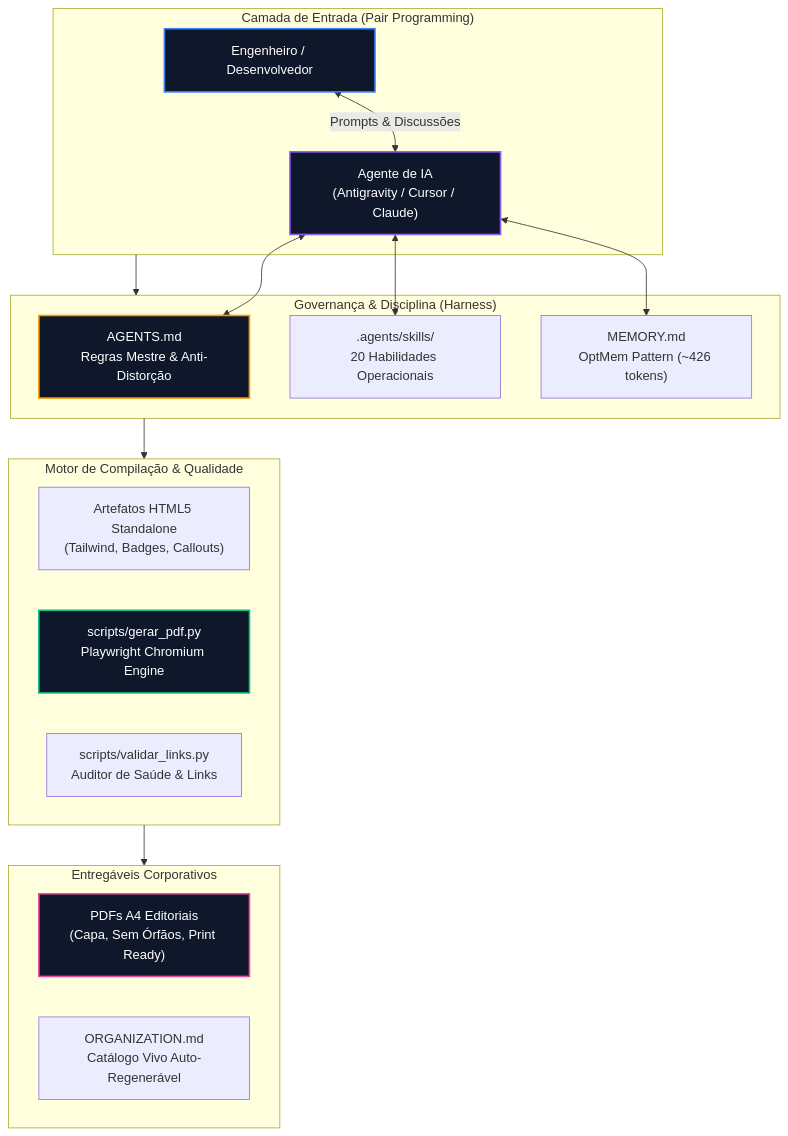
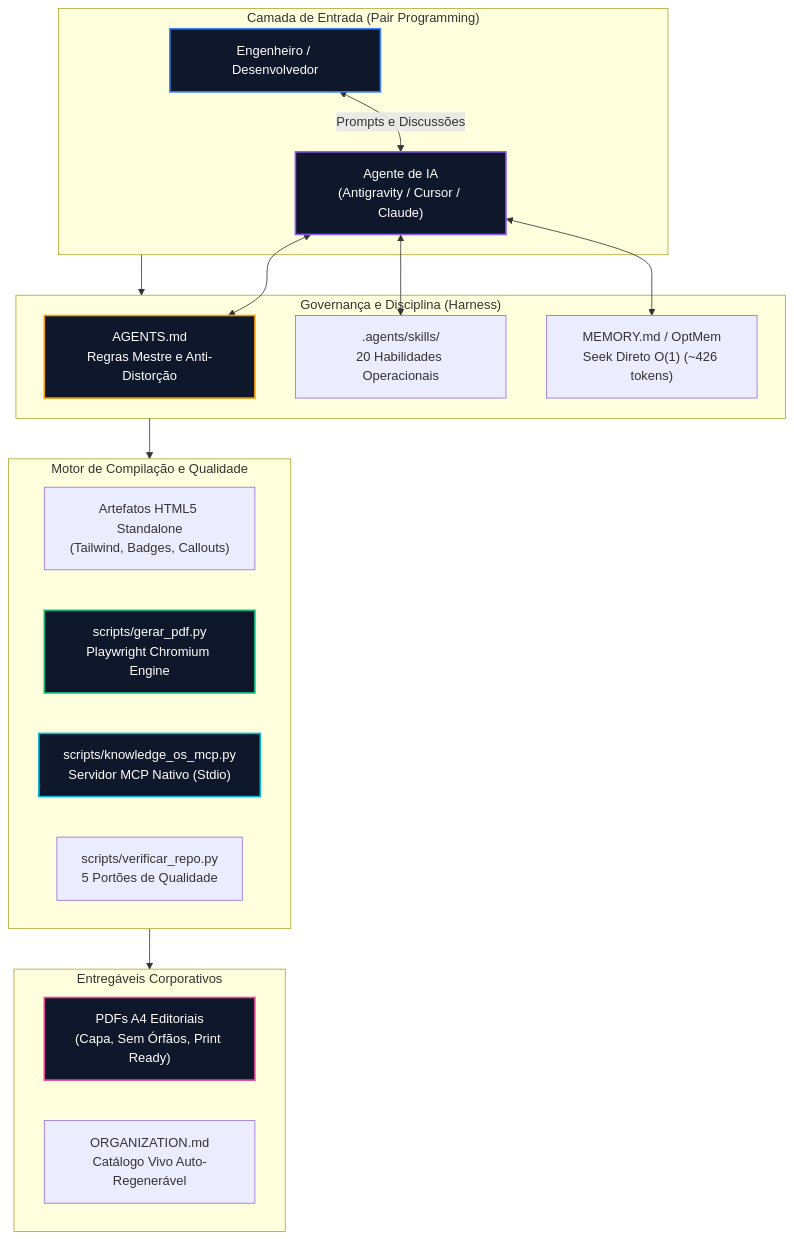
One commit to VictorRubinec/agentic-knowledge-os changed the diagram in README.md. Above: the diagram before and after it, drawn with Mermaid. The commit also changed other lines of this file and 2 other files, not shown here.

Commit message:
docs: aprimora readme com mcp nativo, optmem e catalogo completo de 20 skills

````diff
--- a/README.md
+++ b/README.md
@@ -37,33 +41,35 @@
 ```mermaid
 flowchart TD
     subgraph INPUT["Camada de Entrada (Pair Programming)"]
-        A["Engenheiro / Desenvolvedor"] <-->|"Prompts & Discussões"| B["Agente de IA<br/>(Antigravity / Cursor / Claude)"]
+        A["Engenheiro / Desenvolvedor"] <-->|"Prompts e Discussões"| B["Agente de IA<br/>(Antigravity / Cursor / Claude)"]
     end
 
-    subgraph HARNESS["Governança & Disciplina (Harness)"]
-        B <--> C["AGENTS.md<br/>Regras Mestre & Anti-Distorção"]
+    subgraph HARNESS["Governança e Disciplina (Harness)"]
+        B <--> C["AGENTS.md<br/>Regras Mestre e Anti-Distorção"]
         B <--> D[".agents/skills/<br/>20 Habilidades Operacionais"]
-        B <--> M["MEMORY.md<br/>OptMem Pattern (~426 tokens)"]
+        B <--> M["MEMORY.md / OptMem<br/>Seek Direto O(1) (~426 tokens)"]
     end
 
-    subgraph ENGINE["Motor de Compilação & Qualidade"]
+    subgraph ENGINE["Motor de Compilação e Qualidade"]
         E["Artefatos HTML5 Standalone<br/>(Tailwind, Badges, Callouts)"]
         F["scripts/gerar_pdf.py<br/>Playwright Chromium Engine"]
-        G["scripts/validar_links.py<br/>Auditor de Saúde & Links"]
+        G["scripts/knowledge_os_mcp.py<br/>Servidor MCP Nativo (Stdio)"]
+        K["scripts/verificar_repo.py<br/>5 Portões de Qualidade"]
     end
 
     subgraph OUTPUT["Entregáveis Corporativos"]
         H["PDFs A4 Editoriais<br/>(Capa, Sem Órfãos, Print Ready)"]
         I["ORGANIZATION.md<br/>Catálogo Vivo Auto-Regenerável"]
     end
 
     INPUT --> HARNESS
     HARNESS --> ENGINE
     ENGINE --> OUTPUT
 
     style A fill:#0f172a,stroke:#3b82f6,stroke-width:2px,color:#fff
     style B fill:#0f172a,stroke:#8b5cf6,stroke-width:2px,color:#fff
     style C fill:#0f172a,stroke:#f59e0b,stroke-width:2px,color:#fff
     style F fill:#0f172a,stroke:#10b981,stroke-width:2px,color:#fff
+    style G fill:#0f172a,stroke:#06b6d4,stroke-width:2px,color:#fff
     style H fill:#0f172a,stroke:#ec4899,stroke-width:2px,color:#fff
 ```
````
